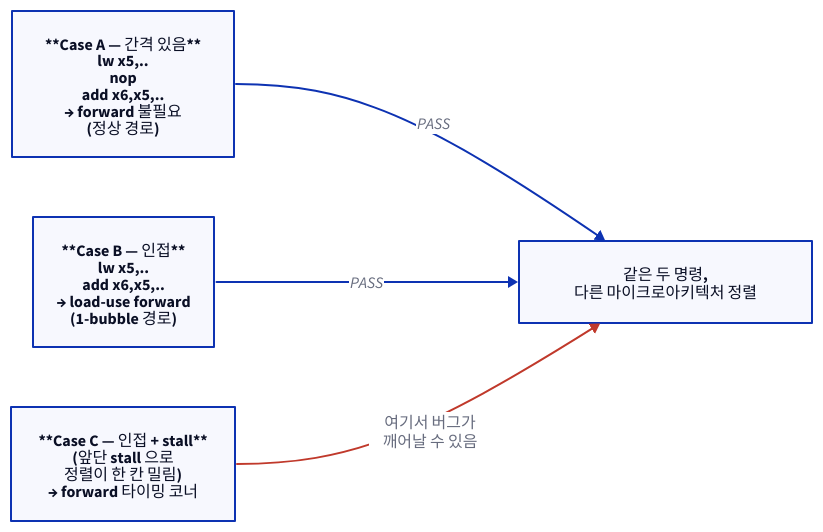
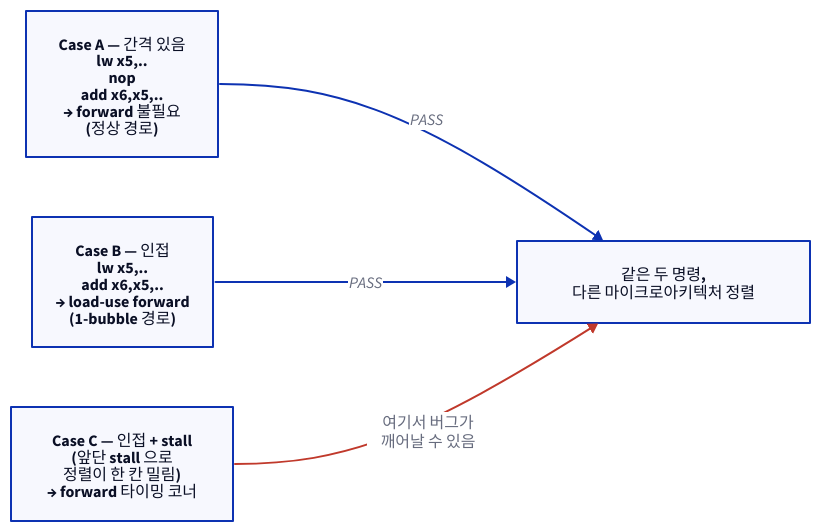
Before and after one commit to humbleowl39/DV_SKOOL: the second of 3 diagrams in starlight_site/src/content/docs/cpu_dv/01_why_cpu_dv.md, drawn with D2. The commit also changed other lines of this file and 714 other files, not shown here.

First line of the commit message:
fix(site): d2 다이어그램 가독성 결함 6종 일괄 수정

````diff
--- a/starlight_site/src/content/docs/cpu_dv/01_why_cpu_dv.md
+++ b/starlight_site/src/content/docs/cpu_dv/01_why_cpu_dv.md
@@ -94,12 +94,12 @@
 ```d2
 direction: right
 
-A: "**Case A — 간격 있음**\nlw x5,..\nnop\nadd x6,x5,..\n→ forward 불필요\n(정상 경로)"
-B: "**Case B — 인접**\nlw x5,..\nadd x6,x5,..\n→ load-use forward\n(1-bubble 경로)"
-C: "**Case C — 인접 + stall**\n(앞단 stall 으로\n정렬이 한 칸 밀림)\n→ forward 타이밍 코너"
+A: "Case A — 간격 있음\nlw x5,..\nnop\nadd x6,x5,..\n→ forward 불필요\n(정상 경로)"
+B: "Case B — 인접\nlw x5,..\nadd x6,x5,..\n→ load-use forward\n(1-bubble 경로)"
+C: "Case C — 인접 + stall\n(앞단 stall 으로\n정렬이 한 칸 밀림)\n→ forward 타이밍 코너"
 
 A -> RESULT: "PASS"
 B -> RESULT: "PASS"
 C -> RESULT: "여기서 버그가\n깨어날 수 있음" { style.stroke: "#c0392b" }
 RESULT: "같은 두 명령,\n다른 마이크로아키텍처 정렬"
 ```
````
